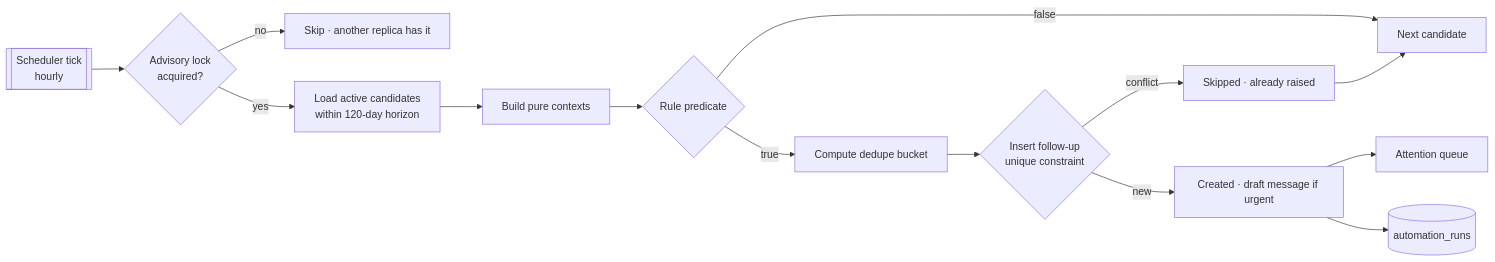
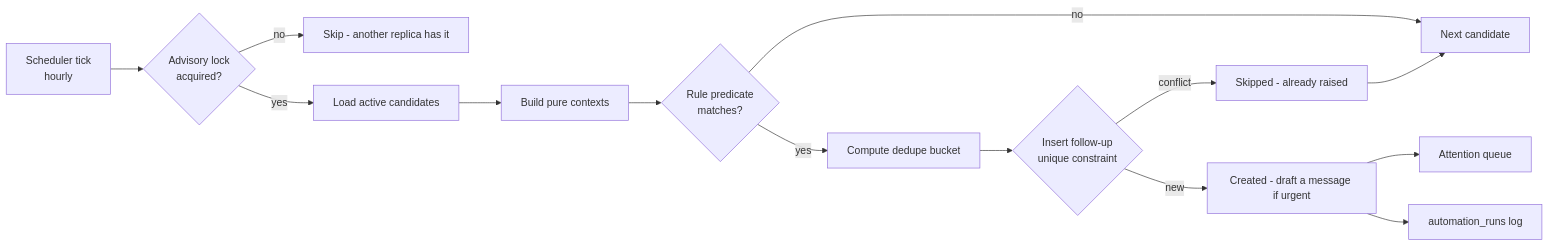
One commit to rezbites/AI-Powered-Post-Offer-Engagement-Platform changed the fifth of 6 diagrams in README.md. Above: the diagram before and after it, drawn with Mermaid. The commit also changed other lines of this file, not shown here.

First line of the commit message:
Rewrite Mermaid diagrams so GitHub can actually render them

````diff
--- a/README.md
+++ b/README.md
@@ -440,16 +500,30 @@
 ```mermaid
 flowchart LR
-    T[[Scheduler tick<br/>hourly]] --> LOCK{Advisory lock<br/>acquired?}
-    LOCK -->|no| SKIP[Skip · another replica has it]
-    LOCK -->|yes| SCAN[Load active candidates<br/>within 120-day horizon]
-    SCAN --> CTX[Build pure contexts]
-    CTX --> PRED{Rule predicate}
-    PRED -->|false| NEXT[Next candidate]
-    PRED -->|true| BUCKET[Compute dedupe bucket]
-    BUCKET --> INS{Insert follow-up<br/>unique constraint}
-    INS -->|new| CREATE[Created · draft message if urgent]
-    INS -->|conflict| DEDUP[Skipped · already raised]
-    CREATE --> QUEUE[Attention queue]
+    T["Scheduler tick<br/>hourly"]
+    LOCK{"Advisory lock<br/>acquired?"}
+    SKIP["Skip - another replica has it"]
+    SCAN["Load active candidates"]
+    CTX["Build pure contexts"]
+    PRED{"Rule predicate<br/>matches?"}
+    NEXT["Next candidate"]
+    BUCKET["Compute dedupe bucket"]
+    INS{"Insert follow-up<br/>unique constraint"}
+    CREATE["Created - draft a message if urgent"]
+    DEDUP["Skipped - already raised"]
+    QUEUE["Attention queue"]
+    LOG["automation_runs log"]
+
+    T --> LOCK
+    LOCK -->|"no"| SKIP
+    LOCK -->|"yes"| SCAN
+    SCAN --> CTX
+    CTX --> PRED
+    PRED -->|"no"| NEXT
+    PRED -->|"yes"| BUCKET
+    BUCKET --> INS
+    INS -->|"new"| CREATE
+    INS -->|"conflict"| DEDUP
+    CREATE --> QUEUE
     DEDUP --> NEXT
-    CREATE --> LOG[(automation_runs)]
+    CREATE --> LOG
 ```
````
